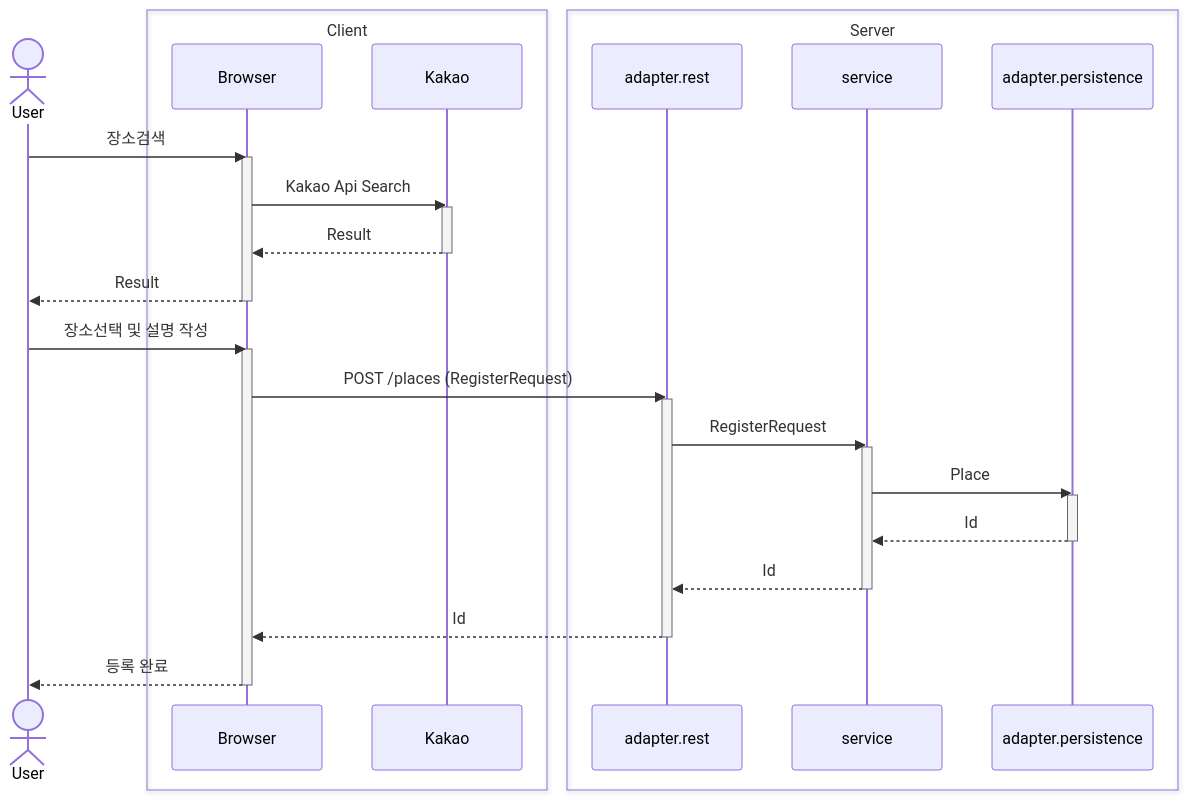
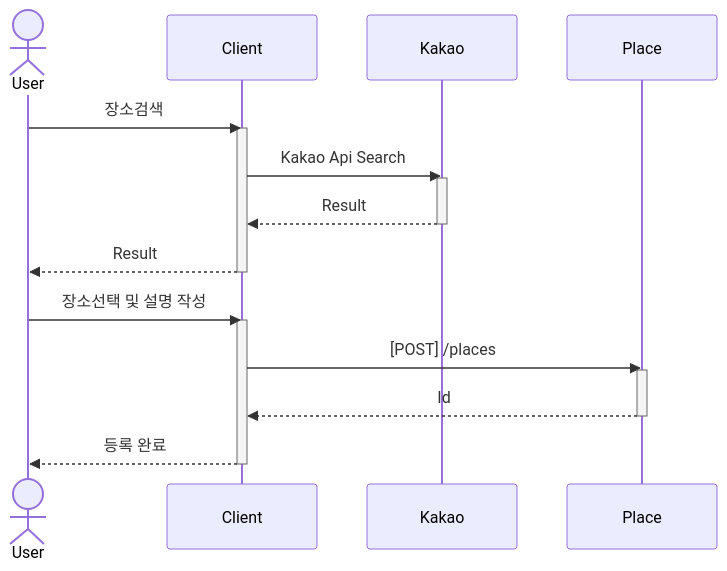
Before and after one commit to cbnu12/koc-new: the second of 3 diagrams in src/main/java/com/koc/place/place.usecase.md, drawn with Mermaid. The commit also changed other lines of this file and 1 other file, not shown here.

Commit message:
Update md

````diff
--- a/src/main/java/com/koc/place/place.usecase.md
+++ b/src/main/java/com/koc/place/place.usecase.md
@@ -15,40 +15,25 @@
 ```mermaid
 sequenceDiagram
     actor User
-    box Client
-        participant Browser
-        participant Kakao
-    end
-    box Server
-        participant adapter.rest
-        participant service
-        participant adapter.persistence
-    end
+    participant Client
+    participant Kakao
+    participant Place
 
-    User ->> Browser: 장소검색
+    User ->> Client: 장소검색
+    activate Client
+    Client ->> Kakao: Kakao Api Search
+    activate Kakao
+    Kakao -->> Client: Result
+    deactivate Kakao
+    Client -->> User: Result
+    deactivate Client
 
-    activate Browser
-    Browser ->> Kakao: Kakao Api Search
-    activate Kakao
-    Kakao -->> Browser: Result
-    deactivate Kakao
-    Browser -->> User: Result
-    deactivate Browser
-
-    User ->> Browser: 장소선택 및 설명 작성
-    activate Browser
-    Browser ->> adapter.rest: POST /places (RegisterRequest)
-    activate adapter.rest
-    adapter.rest ->> service: RegisterRequest
-    activate service
-    service ->> adapter.persistence: Place
-    activate adapter.persistence
-    adapter.persistence -->> service: Id
-    deactivate adapter.persistence
-    service -->> adapter.rest: Id
-    deactivate service
-    adapter.rest -->> Browser: Id
-    deactivate adapter.rest
-    Browser -->> User: 등록 완료
-    deactivate Browser
+    User ->> Client: 장소선택 및 설명 작성
+    activate Client
+    Client ->> Place: [POST] /places
+    activate Place
+    Place -->> Client: Id
+    deactivate Place
+    Client -->> User: 등록 완료
+    deactivate Client
 ```
````
